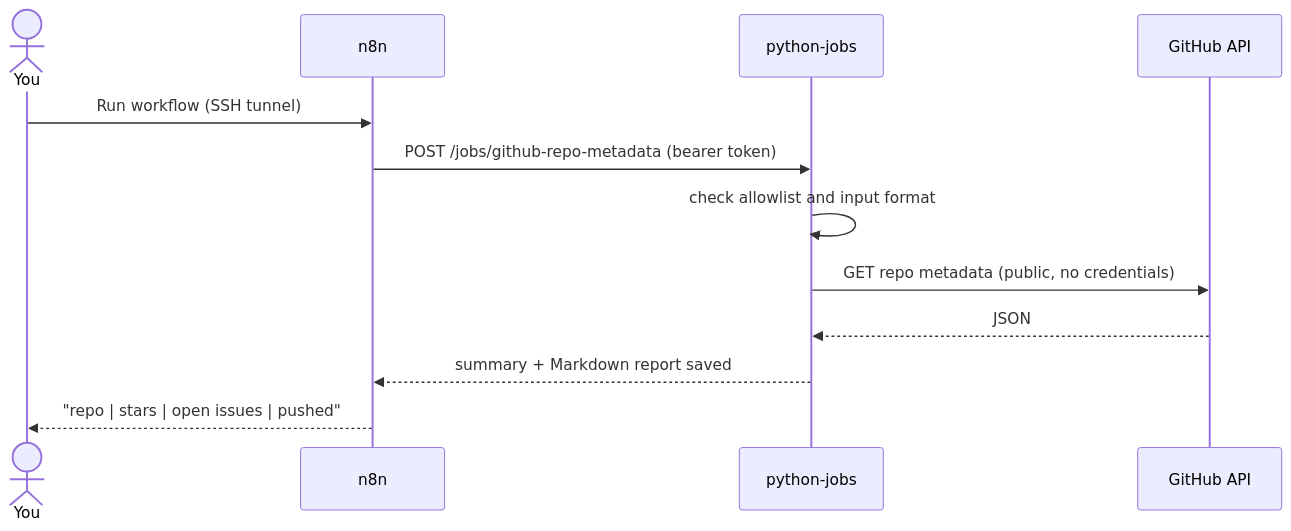
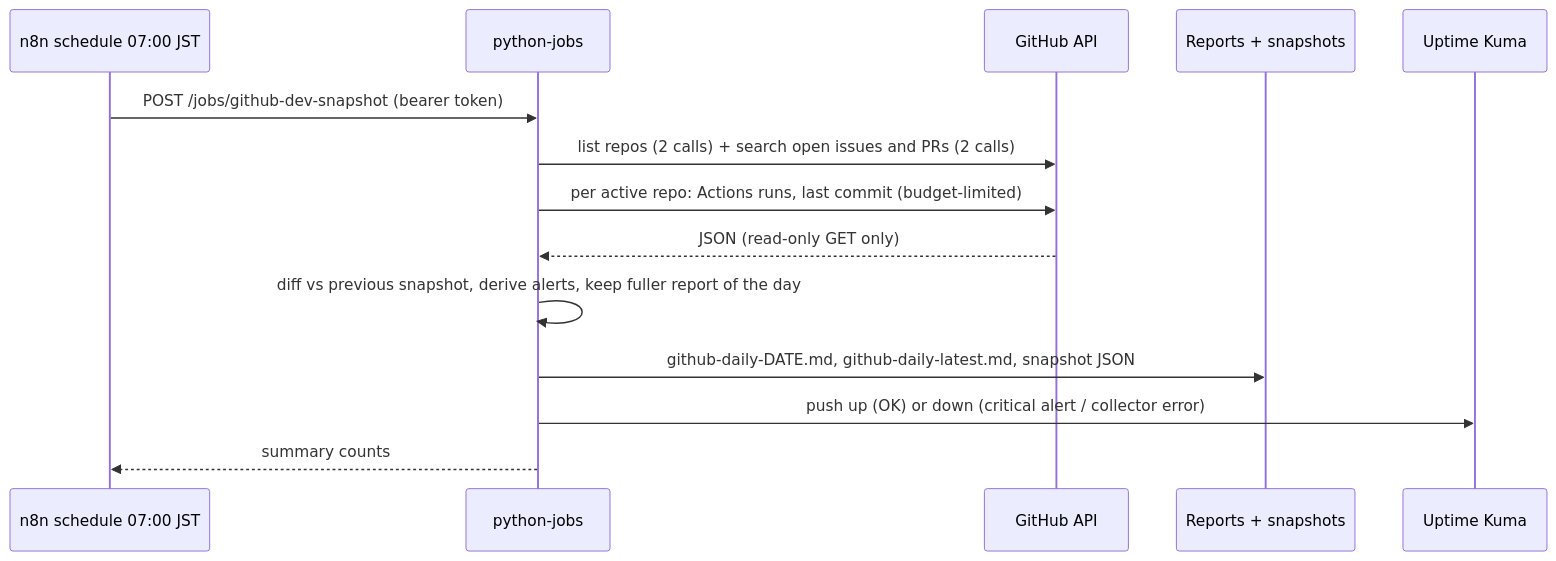
One commit to moruku36/home-ai-engineering-lab changed the third of 5 diagrams in docs/architecture.md. Above: the diagram before and after it, drawn with Mermaid. The commit also changed other lines of this file and 32 other files, not shown here.

First line of the commit message:
feat: GitHub monitoring, daily report, alerts, ops runbook (zero extra cost)

````diff
--- a/docs/architecture.md
+++ b/docs/architecture.md
@@ -95,14 +101,16 @@
 ```mermaid
 sequenceDiagram
-  actor You
-  participant N as n8n
+  participant S as n8n schedule 07:00 JST
   participant P as python-jobs
   participant G as GitHub API
-  You->>N: Run workflow (SSH tunnel)
-  N->>P: POST /jobs/github-repo-metadata (bearer token)
-  P->>P: check allowlist and input format
-  P->>G: GET repo metadata (public, no credentials)
-  G-->>P: JSON
-  P-->>N: summary + Markdown report saved
-  N-->>You: "repo | stars | open issues | pushed"
+  participant R as Reports + snapshots
+  participant K as Uptime Kuma
+  S->>P: POST /jobs/github-dev-snapshot (bearer token)
+  P->>G: list repos (2 calls) + search open issues and PRs (2 calls)
+  P->>G: per active repo: Actions runs, last commit (budget-limited)
+  G-->>P: JSON (read-only GET only)
+  P->>P: diff vs previous snapshot, derive alerts, keep fuller report of the day
+  P->>R: github-daily-DATE.md, github-daily-latest.md, snapshot JSON
+  P->>K: push up (OK) or down (critical alert / collector error)
+  P-->>S: summary counts
 ```
````
